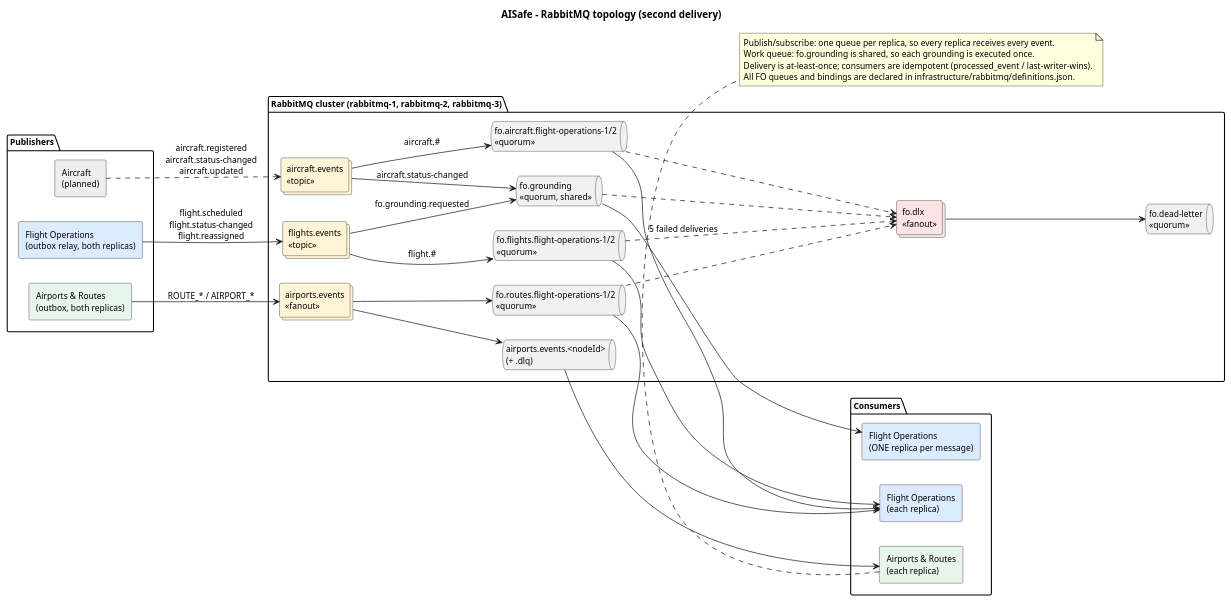
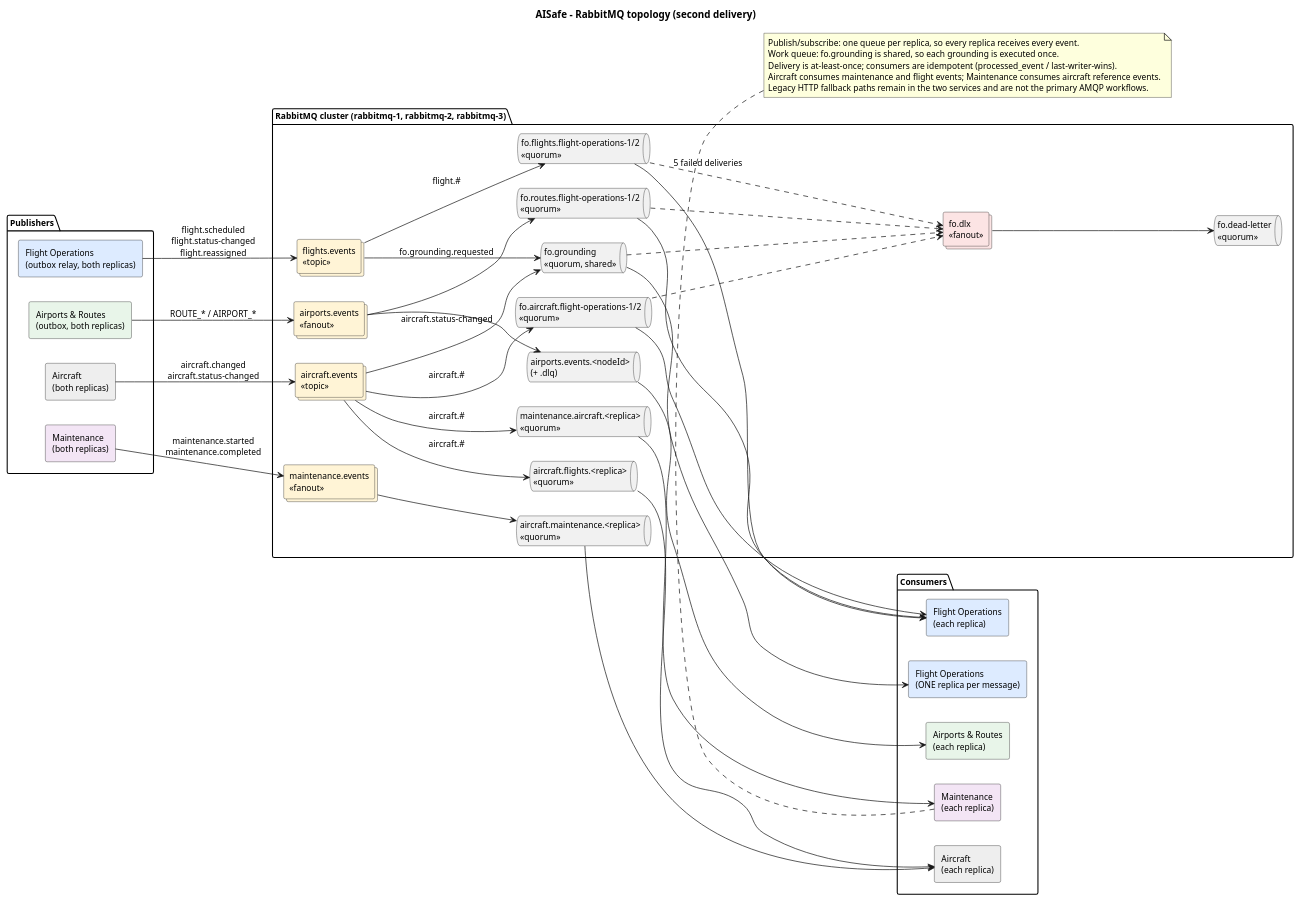
The diagram in docs/SIDIS/E2/messaging-topology-E2.puml (anamartasilvaa/SIDIG_AI_Safe), drawn with PlantUML before and after one commit. The commit also changed 4 other files, not shown here.

Commit message:
update project diagrams

```diff
--- a/docs/SIDIS/E2/messaging-topology-E2.puml
+++ b/docs/SIDIS/E2/messaging-topology-E2.puml
@@ -1,62 +1,77 @@
 @startuml messaging-topology-p2
 title AISafe - RabbitMQ topology (second delivery)
 skinparam shadowing false
 skinparam defaultFontSize 12
 left to right direction
 
 package "Publishers" {
   rectangle "Flight Operations\n(outbox relay, both replicas)" as foPub #DDEBFF
   rectangle "Airports & Routes\n(outbox, both replicas)" as arPub #E8F5E9
-  rectangle "Aircraft\n(planned)" as acPub #EEEEEE
+  rectangle "Aircraft\n(both replicas)" as acPub #EEEEEE
+  rectangle "Maintenance\n(both replicas)" as mtPub #F3E5F5
 }
 
 package "RabbitMQ cluster (rabbitmq-1, rabbitmq-2, rabbitmq-3)" {
   collections "flights.events\n<<topic>>" as exF #FFF4D6
   collections "airports.events\n<<fanout>>" as exR #FFF4D6
   collections "aircraft.events\n<<topic>>" as exA #FFF4D6
+  collections "maintenance.events\n<<fanout>>" as exM #FFF4D6
   collections "fo.dlx\n<<fanout>>" as exD #FCE4E4
 
   queue "fo.flights.flight-operations-1/2\n<<quorum>>" as qF
   queue "fo.routes.flight-operations-1/2\n<<quorum>>" as qR
   queue "fo.aircraft.flight-operations-1/2\n<<quorum>>" as qA
   queue "fo.grounding\n<<quorum, shared>>" as qG
   queue "airports.events.<nodeId>\n(+ .dlq)" as qAR
+  queue "aircraft.maintenance.<replica>\n<<quorum>>" as qAM
+  queue "aircraft.flights.<replica>\n<<quorum>>" as qAF
+  queue "maintenance.aircraft.<replica>\n<<quorum>>" as qMA
   queue "fo.dead-letter\n<<quorum>>" as qD
 }
 
 package "Consumers" {
   rectangle "Flight Operations\n(each replica)" as foC #DDEBFF
   rectangle "Flight Operations\n(ONE replica per message)" as foG #DDEBFF
   rectangle "Airports & Routes\n(each replica)" as arC #E8F5E9
+  rectangle "Aircraft\n(each replica)" as acC #EEEEEE
+  rectangle "Maintenance\n(each replica)" as mtC #F3E5F5
 }
 
 foPub --> exF : flight.scheduled\nflight.status-changed\nflight.reassigned
 arPub --> exR : ROUTE_* / AIRPORT_*
-acPub ..> exA : aircraft.registered\naircraft.status-changed\naircraft.updated
+acPub --> exA : aircraft.changed\naircraft.status-changed
 
 exF --> qF : flight.#
 exF --> qG : fo.grounding.requested
 exR --> qR
 exR --> qAR
 exA --> qA : aircraft.#
 exA --> qG : aircraft.status-changed
+exA --> qAF : aircraft.#
+exA --> qMA : aircraft.#
+exM --> qAM
+mtPub --> exM : maintenance.started\nmaintenance.completed
 
 qF --> foC
 qR --> foC
 qA --> foC
 qG --> foG
 qAR --> arC
+qAM --> acC
+qAF --> acC
+qMA --> mtC
 
 qF ..> exD : 5 failed deliveries
 qR ..> exD
 qA ..> exD
 qG ..> exD
 exD --> qD
 
 note bottom
   Publish/subscribe: one queue per replica, so every replica receives every event.
   Work queue: fo.grounding is shared, so each grounding is executed once.
   Delivery is at-least-once; consumers are idempotent (processed_event / last-writer-wins).
-  All FO queues and bindings are declared in infrastructure/rabbitmq/definitions.json.
+  Aircraft consumes maintenance and flight events; Maintenance consumes aircraft reference events.
+  Legacy HTTP fallback paths remain in the two services and are not the primary AMQP workflows.
 end note
 @enduml
```
